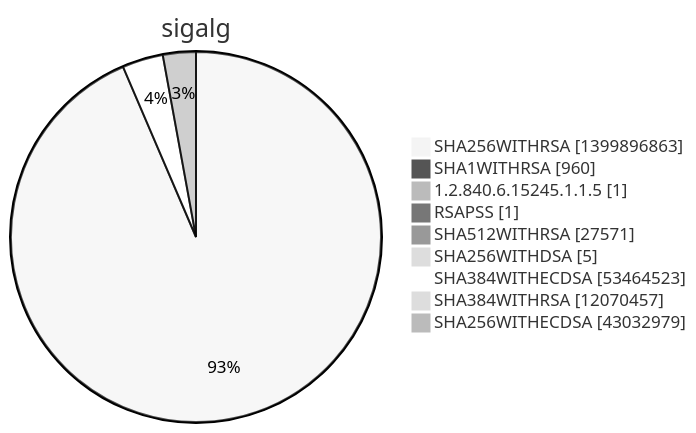
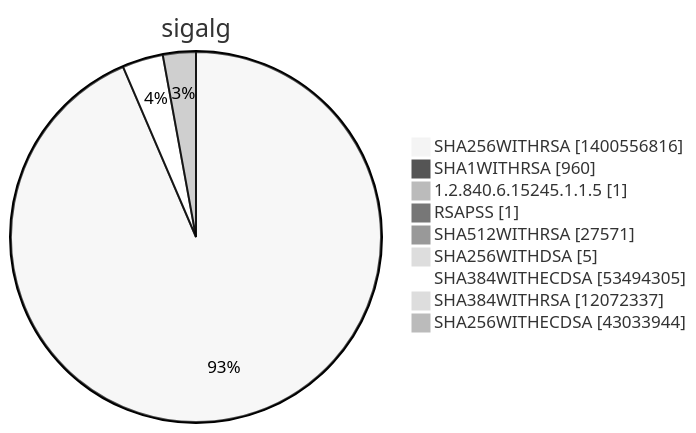
One commit to christiankrug/ctmonitor_visualization changed diagram 15 of 15 in argon2022/README.md. Above: the diagram before and after it, drawn with Mermaid (neutral theme). The commit also changed other lines of this file, not shown here.

````diff
--- a/argon2022/README.md
+++ b/argon2022/README.md
@@ -5524,13 +5524,13 @@
 ```mermaid
 pie showData
 title sigalg
-"SHA256WITHRSA" :1399896863
+"SHA256WITHRSA" :1400556816
 "SHA1WITHRSA" :960
 "1.2.840.6.15245.1.1.5" :1
 "RSAPSS" :1
 "SHA512WITHRSA" :27571
 "SHA256WITHDSA" :5
-"SHA384WITHECDSA" :53464523
-"SHA384WITHRSA" :12070457
-"SHA256WITHECDSA" :43032979
+"SHA384WITHECDSA" :53494305
+"SHA384WITHRSA" :12072337
+"SHA256WITHECDSA" :43033944
 ```
````
